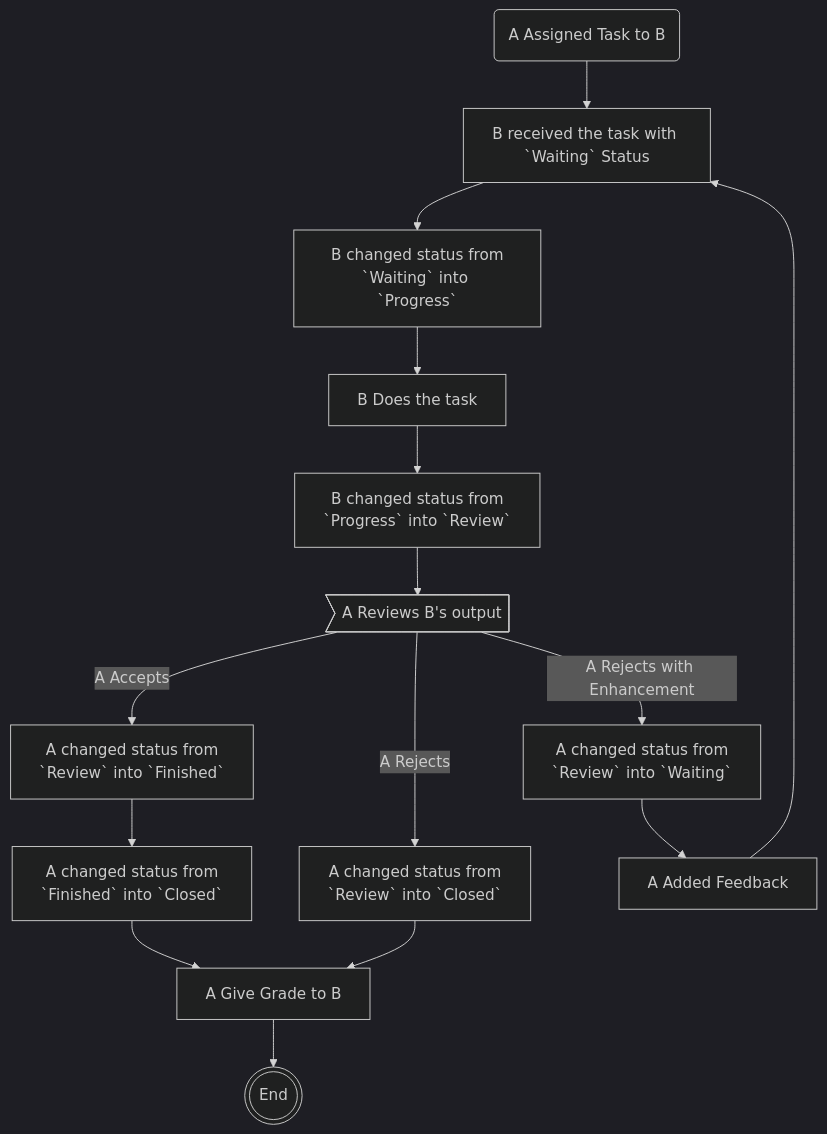
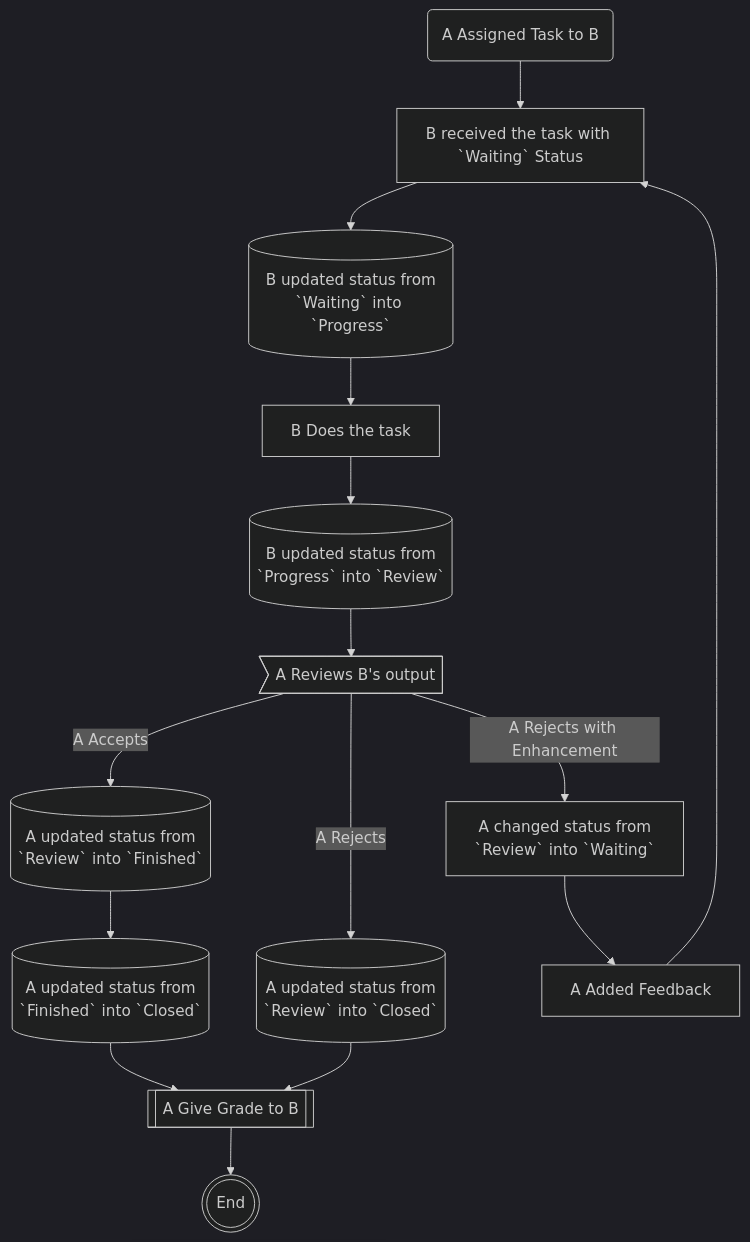
Before and after one commit to withcenterdev5/fireflutter: the sixth of 7 diagrams in etc/docs/README.en.md, drawn with Mermaid (dark theme). The commit also changed other lines of this file, not shown here.

Commit message:
read me added group desc updated other diagram

````diff
--- a/etc/docs/README.en.md
+++ b/etc/docs/README.en.md
@@ -315,18 +337,18 @@
 ```mermaid
 flowchart TD
   START(A Assigned Task to B)
   --> BReceive[B received the task with `Waiting` Status]
-  --> ChangeStatusProgress[B changed status from\n`Waiting` into `Progress`]
+  --> ChangeStatusProgress[(B updated status from\n`Waiting` into `Progress`)]
   --> BDoesTask[B Does the task]
-  --> BChangeStatusReview[B changed status from\n`Progress` into `Review`]
+  --> BChangeStatusReview[(B updated status from\n`Progress` into `Review`)]
   --> AReviews>A Reviews B's output]
-  AReviews --> |A Accepts| Accepted[A changed status from\n`Review` into `Finished`]
-  AReviews --> |A Rejects| Rejected[A changed status from\n`Review` into `Closed`]
+  AReviews --> |A Accepts| Accepted[(A updated status from\n`Review` into `Finished`)]
+  AReviews --> |A Rejects| Rejected[(A updated status from\n`Review` into `Closed`)]
   AReviews --> |A Rejects with Enhancement| RejectedFeedback[A changed status from\n`Review` into `Waiting`]
  RejectedFeedback --> AAddedFeedback[A Added Feedback]
   AAddedFeedback --> BReceive
-  Accepted --> AChangeStatusClosed[A changed status from\n`Finished` into `Closed`]
-  --> AGiveGrade[A Give Grade to B]
+  Accepted --> AChangeStatusClosed[(A updated status from\n`Finished` into `Closed`)]
+  --> AGiveGrade[[A Give Grade to B]]
   AGiveGrade --> End(((End)))
   Rejected --> AGiveGrade
 ```
````
